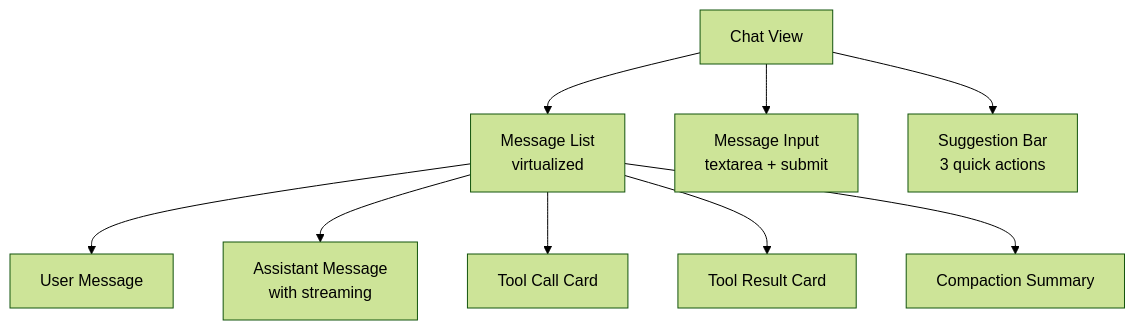
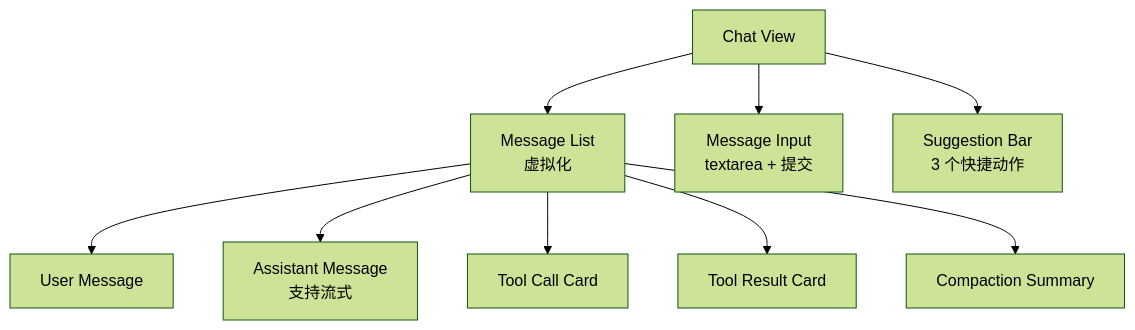
The third of 6 diagrams in docs-site/docs/14-collab-web.md (YeLuo45/oh-my-pi-design), drawn with Mermaid (forest theme) before and after one commit. The commit also changed other lines of this file and 37 other files, not shown here.

````diff
--- a/docs-site/docs/14-collab-web.md
+++ b/docs-site/docs/14-collab-web.md
@@ -66,13 +66,13 @@
 ```mermaid
 graph TB
   Chat[Chat View]
-  Chat --> MessageList[Message List<br/>virtualized]
-  Chat --> Input[Message Input<br/>textarea + submit]
-  Chat --> Suggestions[Suggestion Bar<br/>3 quick actions]
-  
+  Chat --> MessageList[Message List<br/>虚拟化]
+  Chat --> Input[Message Input<br/>textarea + 提交]
+  Chat --> Suggestions[Suggestion Bar<br/>3 个快捷动作]
+
   MessageList --> UserMsg[User Message]
-  MessageList --> AssistantMsg[Assistant Message<br/>with streaming]
+  MessageList --> AssistantMsg[Assistant Message<br/>支持流式]
   MessageList --> ToolCall[Tool Call Card]
   MessageList --> ToolResult[Tool Result Card]
   MessageList --> Compact[Compaction Summary]
 ```
````
